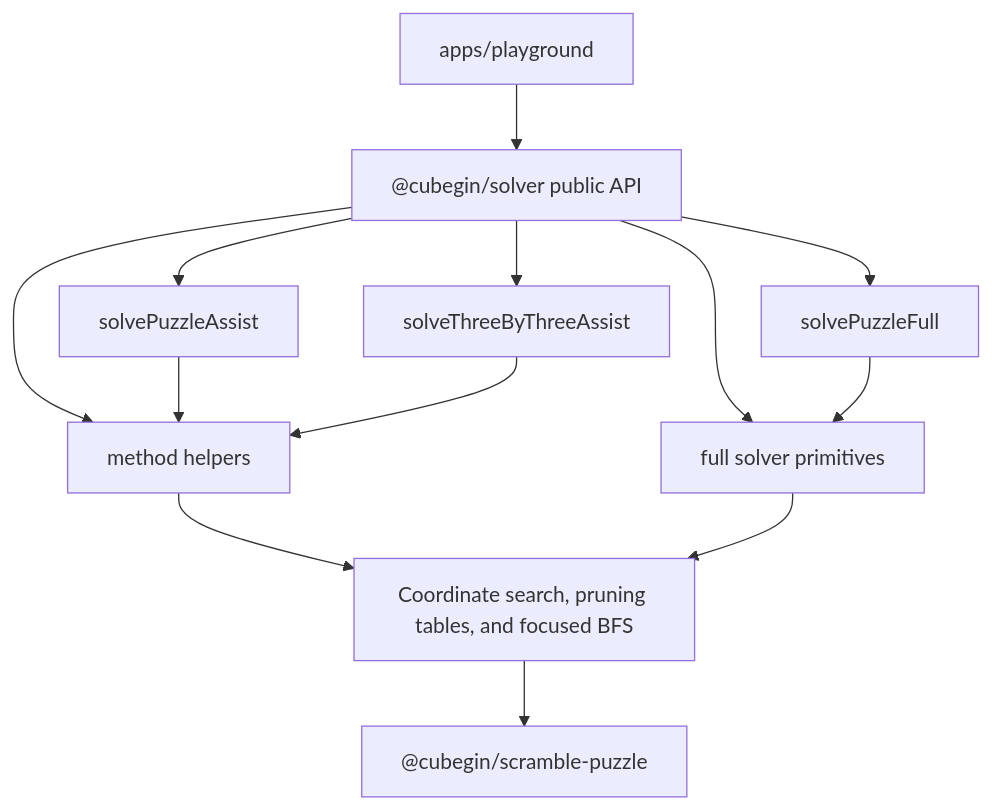
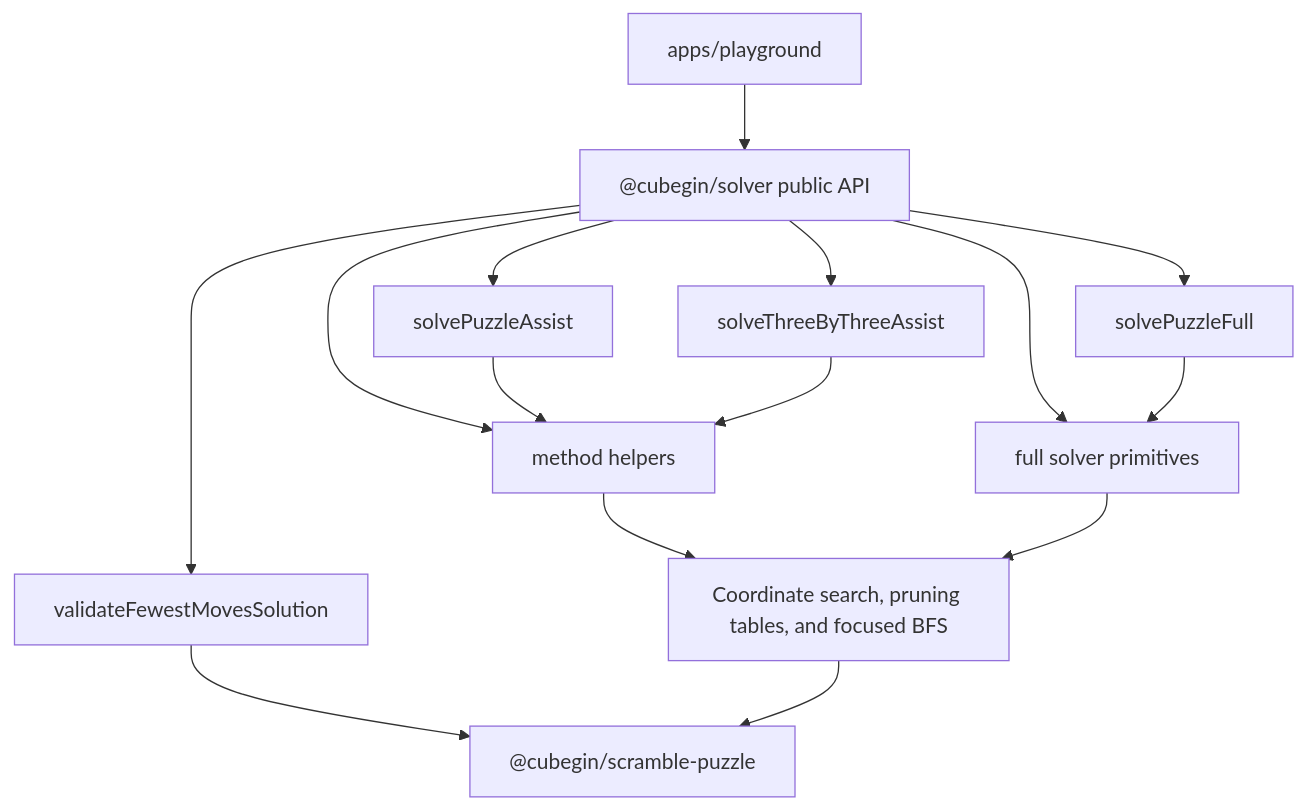
Before and after one commit to deweyou/cube-kit: the diagram in docs/packages/solver/index.md, drawn with Mermaid. The commit also changed other lines of this file and 58 other files, not shown here.

First line of the commit message:
feat(web): refine multi-blind and add fewest moves workspace (#41)

````diff
--- a/docs/packages/solver/index.md
+++ b/docs/packages/solver/index.md
@@ -3,15 +3,17 @@
 ```mermaid
 flowchart TD
     Public["@cubegin/solver public API"] --> Facade["solvePuzzleAssist"]
     Public --> FullFacade["solvePuzzleFull"]
     Public --> ThreeFacade["solveThreeByThreeAssist"]
+    Public --> FMC["validateFewestMovesSolution"]
     Public --> Full["full solver primitives"]
     Public --> Methods["method helpers"]
     Facade --> Methods
     ThreeFacade --> Methods
     FullFacade --> Full
     Methods --> Search["Coordinate search, pruning tables, and focused BFS"]
     Full --> Search
+    FMC --> Puzzle
     Search --> Puzzle["@cubegin/scramble-puzzle"]
     Playground["apps/playground"] --> Public
 ```
````
